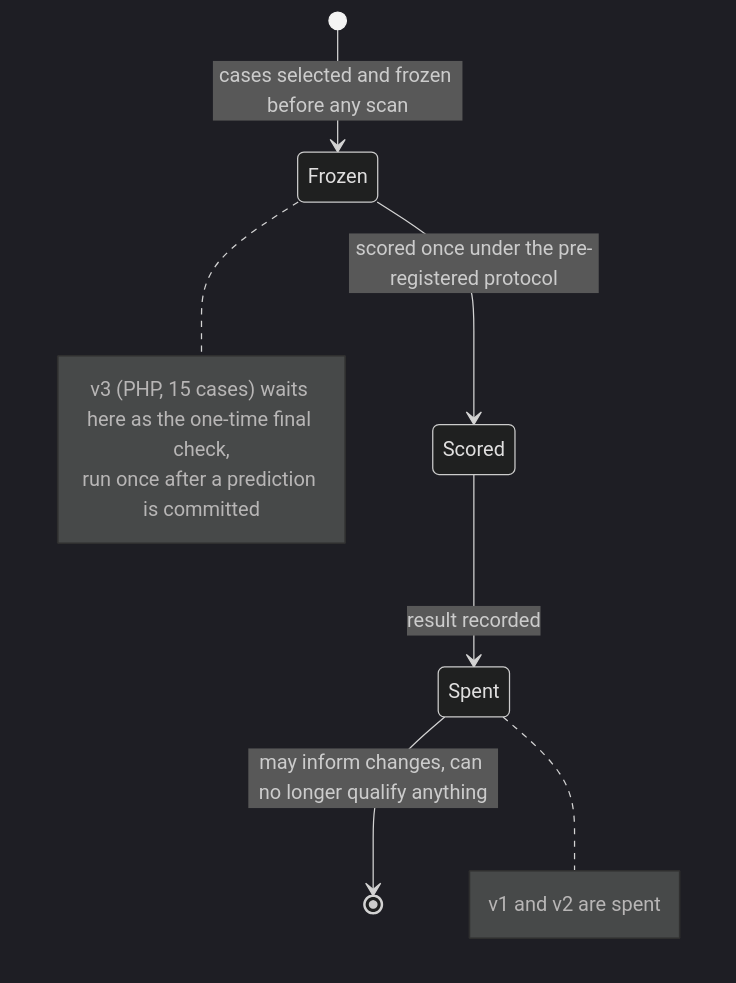
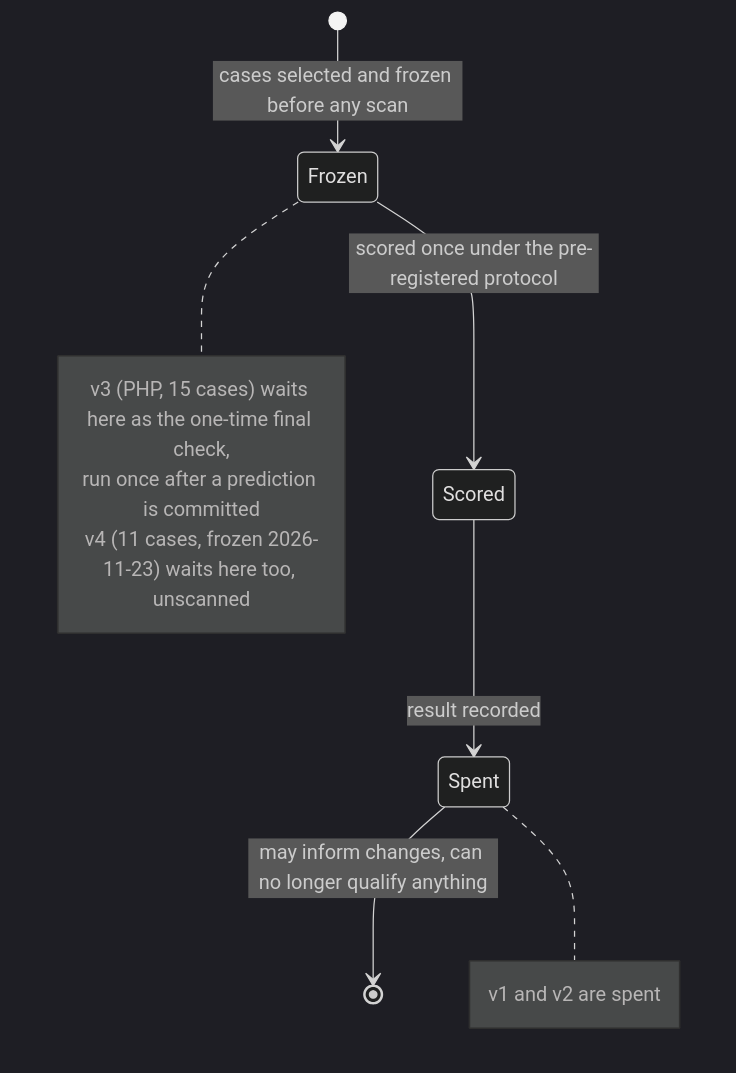
One commit to norandom/OpenUltraSAST changed the first of 2 diagrams in docs/evaluation.md. Above: the diagram before and after it, drawn with Mermaid (dark theme). The commit also changed other lines of this file and 6 other files, not shown here.

````diff
--- a/docs/evaluation.md
+++ b/docs/evaluation.md
@@ -68,14 +71,15 @@
 ```mermaid
 stateDiagram-v2
     [*] --> Frozen: cases selected and frozen before any scan
     Frozen --> Scored: scored once under the pre-registered protocol
     Scored --> Spent: result recorded
     Spent --> [*]: may inform changes, can no longer qualify anything
     note right of Frozen
         v3 (PHP, 15 cases) waits here as the one-time final check,
         run once after a prediction is committed
+        v4 (11 cases, frozen 2026-11-23) waits here too, unscanned
     end note
     note right of Spent
         v1 and v2 are spent
     end note
 ```
````
